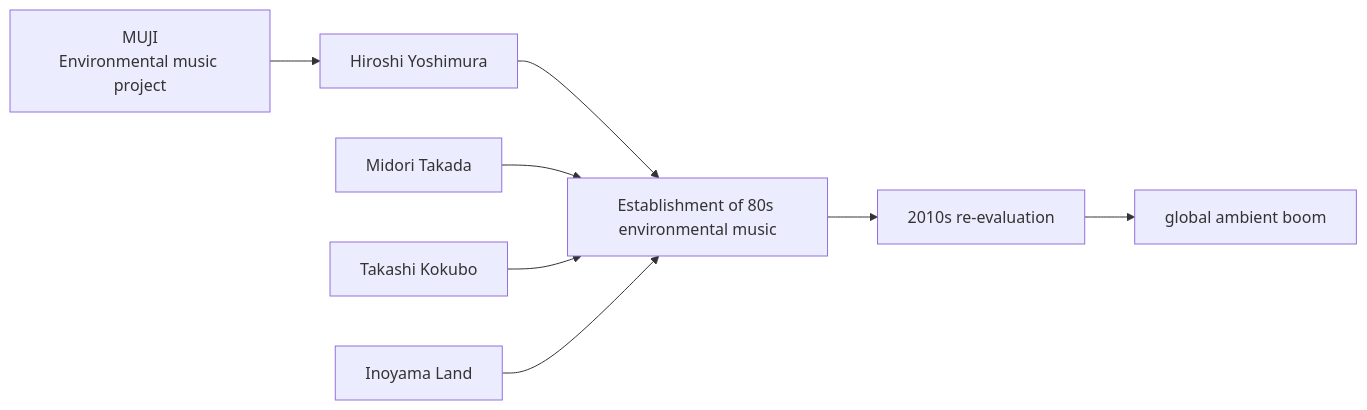
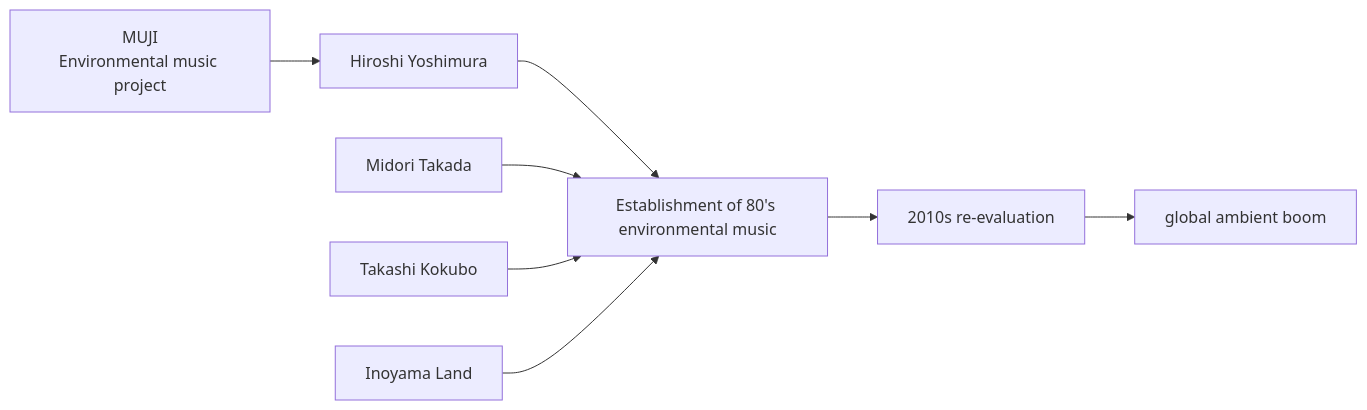
The diagram in en/_posts/2025-11-28-column-japanese-ambient-environmental-music.md (monumental-movement/monumental-movement.github.io), drawn with Mermaid before and after one commit. The commit also changed other lines of this file and 399 other files, not shown here.

```diff
--- a/en/_posts/2025-11-28-column-japanese-ambient-environmental-music.md
+++ b/en/_posts/2025-11-28-column-japanese-ambient-environmental-music.md
@@ -253,10 +253,10 @@
 <div class="mermaid">
 graph LR
     MUJI[MUJI<br>Environmental music project] --> YH[Hiroshi Yoshimura]
-    YH --> JP[Establishment of 80s environmental music]
+    YH --> JP[Establishment of 80's environmental music]
     MT[Midori Takada] --> JP
     TK[Takashi Kokubo] --> JP
     INO[Inoyama Land] --> JP
     JP --> RE[2010s re-evaluation]
     RE --> WW[global ambient boom]
 </div>
```
